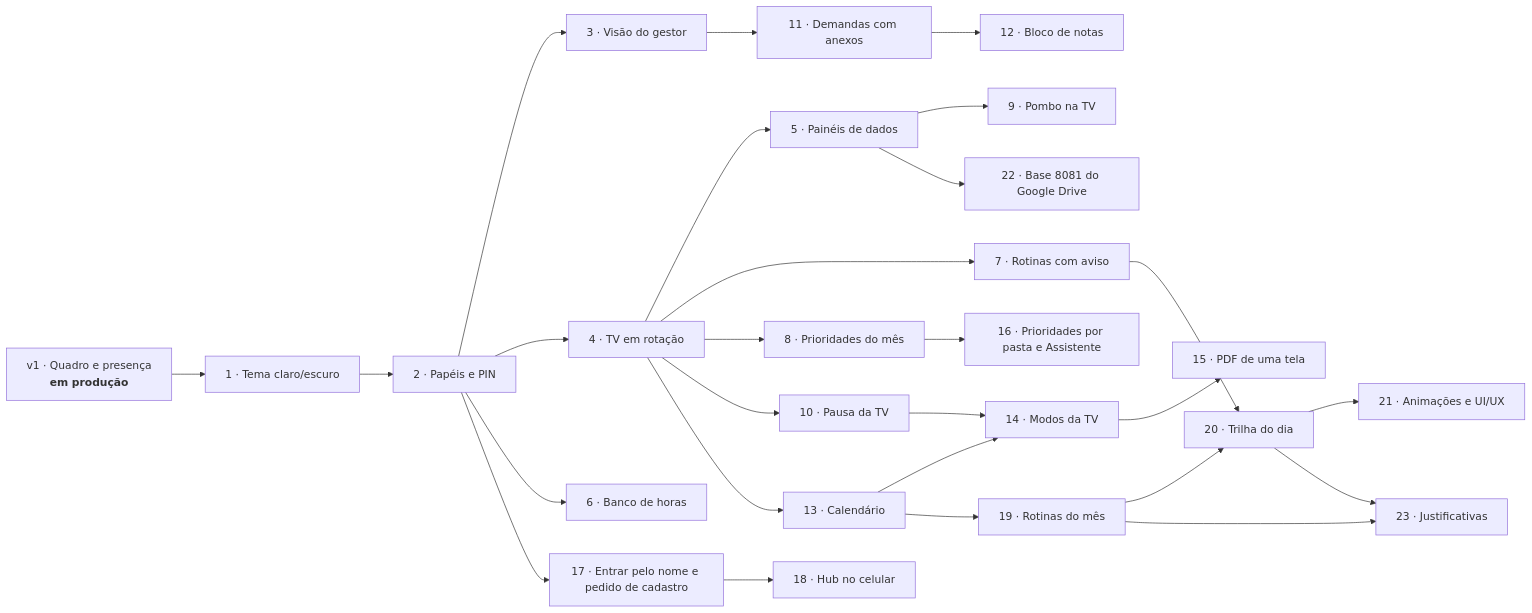
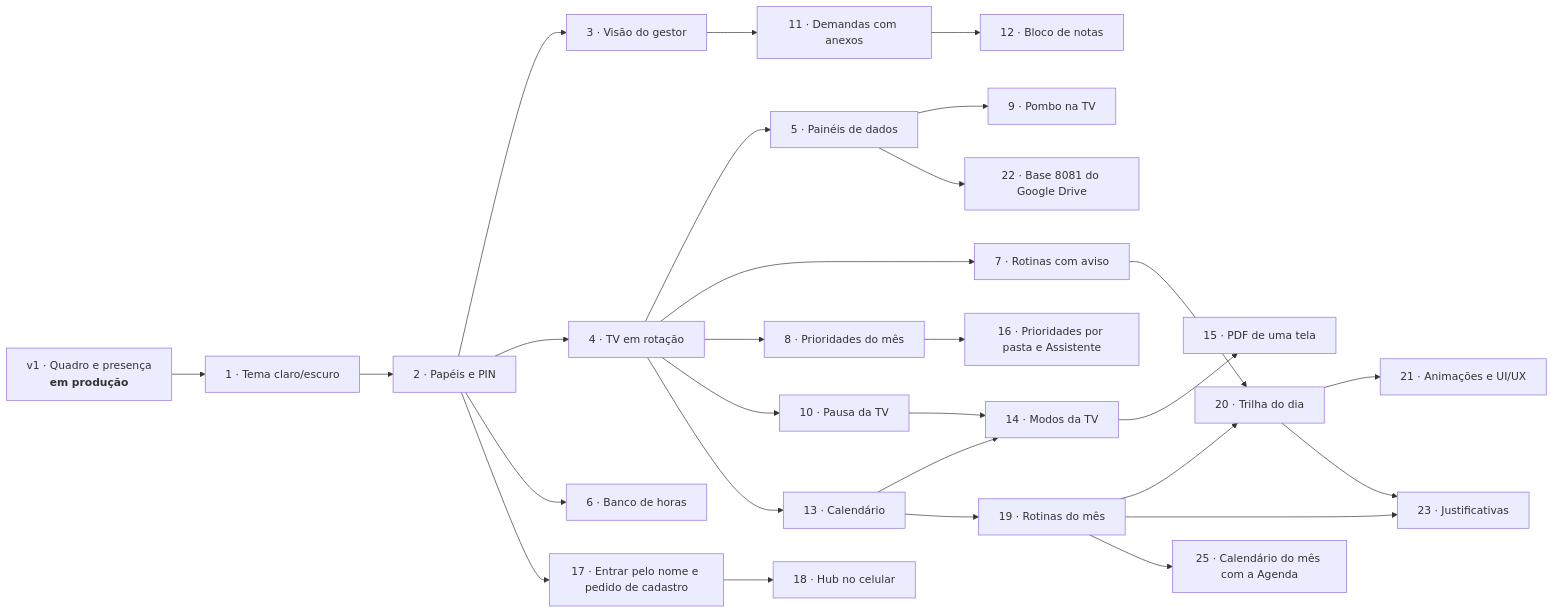
The diagram in docs/roadmap.md (fishman2004/hub-analistas), drawn with Mermaid before and after one commit. The commit also changed other lines of this file and 12 other files, not shown here.

First line of the commit message:
Fase 25: calendário do mês na TV com os compromissos da Agenda

````diff
--- a/docs/roadmap.md
+++ b/docs/roadmap.md
@@ -5,29 +5,30 @@
 ```mermaid
 flowchart LR
     V1[v1 · Quadro e presença<br><b>em produção</b>] --> F1[1 · Tema claro/escuro]
     F1 --> F2[2 · Papéis e PIN]
     F2 --> F3[3 · Visão do gestor]
     F2 --> F4[4 · TV em rotação]
     F4 --> F5[5 · Painéis de dados]
     F2 --> F6[6 · Banco de horas]
     F4 --> F7[7 · Rotinas com aviso]
     F4 --> F8[8 · Prioridades do mês]
     F5 --> F9[9 · Pombo na TV]
     F4 --> F10[10 · Pausa da TV]
     F3 --> F11[11 · Demandas com anexos]
     F11 --> F12[12 · Bloco de notas]
     F4 --> F13[13 · Calendário]
     F10 --> F14[14 · Modos da TV]
     F13 --> F14
     F14 --> F15[15 · PDF de uma tela]
     F8 --> F16[16 · Prioridades por pasta e Assistente]
     F2 --> F17[17 · Entrar pelo nome e pedido de cadastro]
     F17 --> F18[18 · Hub no celular]
     F13 --> F19[19 · Rotinas do mês]
     F7 --> F20[20 · Trilha do dia]
     F19 --> F20
     F20 --> F21[21 · Animações e UI/UX]
     F5 --> F22[22 · Base 8081 do Google Drive]
     F20 --> F23[23 · Justificativas]
     F19 --> F23
+    F19 --> F25[25 · Calendário do mês com a Agenda]
 ```
````
